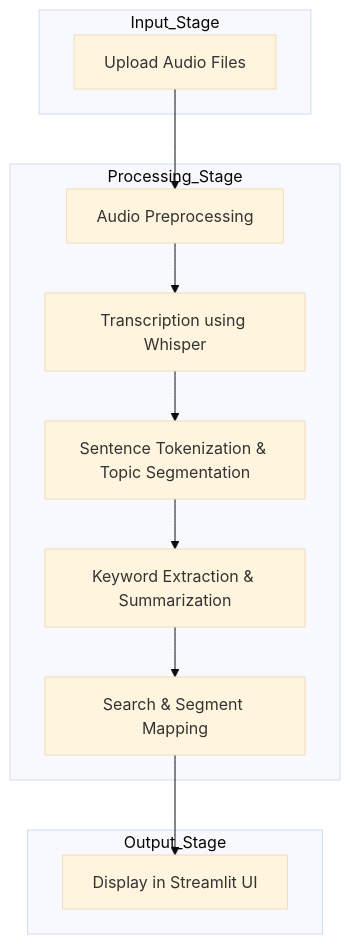
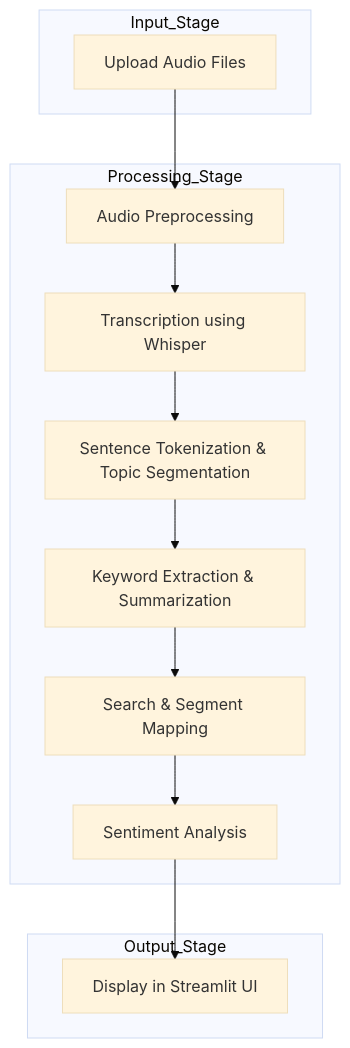
Before and after one commit to springboardmentor13579x-proj/Automated-Podcast-Transcription-and-Topic-Segmentation: the diagram in README.md, drawn with Mermaid (base theme). The commit also changed other lines of this file, not shown here.

````diff
--- a/README.md
+++ b/README.md
@@ -91,25 +98,25 @@
 ```mermaid
 flowchart TD
     %% Input Stage
     subgraph Input_Stage
         A[Upload Audio Files]
     end
 
     %% Processing Stage
     subgraph Processing_Stage
         B[Audio Preprocessing]
         C[Transcription using Whisper]
         D[Sentence Tokenization & Topic Segmentation]
         E[Keyword Extraction & Summarization]
         F[Search & Segment Mapping]
+        H[Sentiment Analysis]
     end
 
     %% Output Stage
     subgraph Output_Stage
         G[Display in Streamlit UI]
     end
 
     %% Connections
-    A --> B --> C --> D --> E --> F --> G
-
+    A --> B --> C --> D --> E --> F --> H --> G
 ```
````
